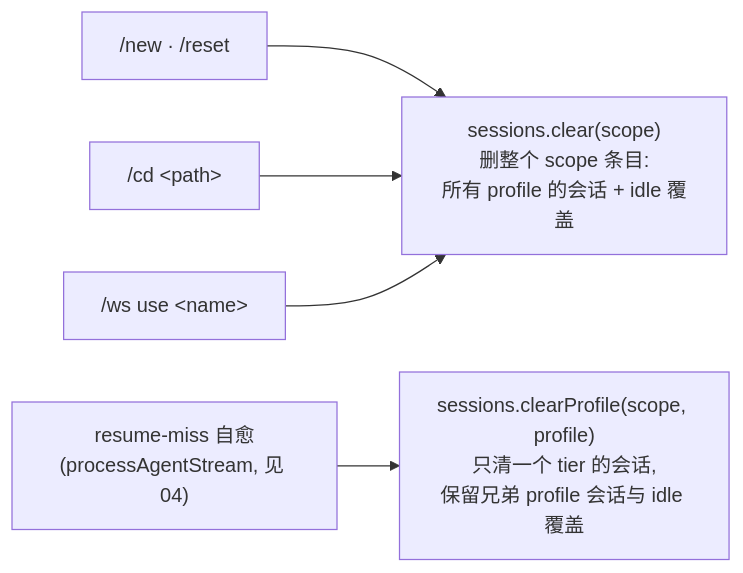
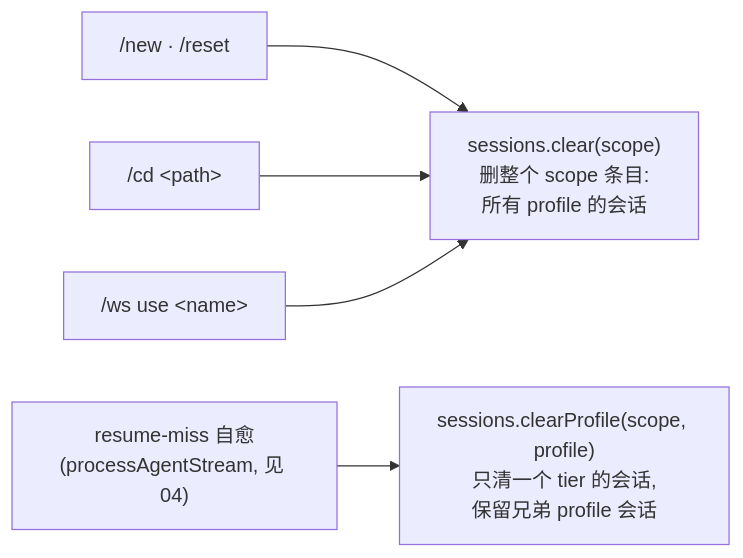
The second of 4 diagrams in how-it-works/10-commands.md (sorphwer/feishu-omp-bridge), drawn with Mermaid before and after one commit. The commit also changed other lines of this file and 15 other files, not shown here.

````diff
--- a/how-it-works/10-commands.md
+++ b/how-it-works/10-commands.md
@@ -76,8 +74,8 @@
 ```mermaid
 flowchart LR
   NEW["/new · /reset"] --> CLR
   CD["/cd &lt;path&gt;"] --> CLR
   WSUSE["/ws use &lt;name&gt;"] --> CLR
-  CLR["sessions.clear(scope)<br/>删整个 scope 条目:<br/>所有 profile 的会话 + idle 覆盖"]
-  MISS["resume-miss 自愈<br/>(processAgentStream, 见 04)"] --> CLRP["sessions.clearProfile(scope, profile)<br/>只清一个 tier 的会话,<br/>保留兄弟 profile 会话与 idle 覆盖"]
+  CLR["sessions.clear(scope)<br/>删整个 scope 条目:<br/>所有 profile 的会话"]
+  MISS["resume-miss 自愈<br/>(processAgentStream, 见 04)"] --> CLRP["sessions.clearProfile(scope, profile)<br/>只清一个 tier 的会话,<br/>保留兄弟 profile 会话"]
 ```
````
